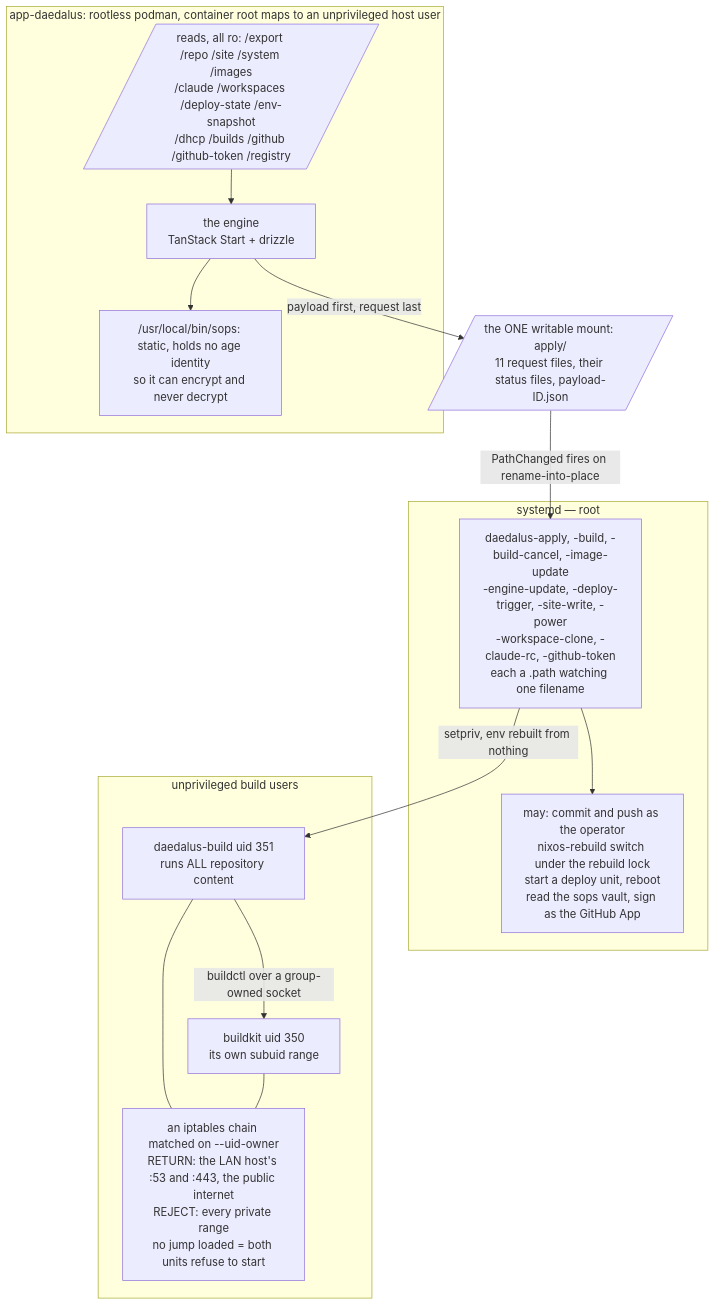
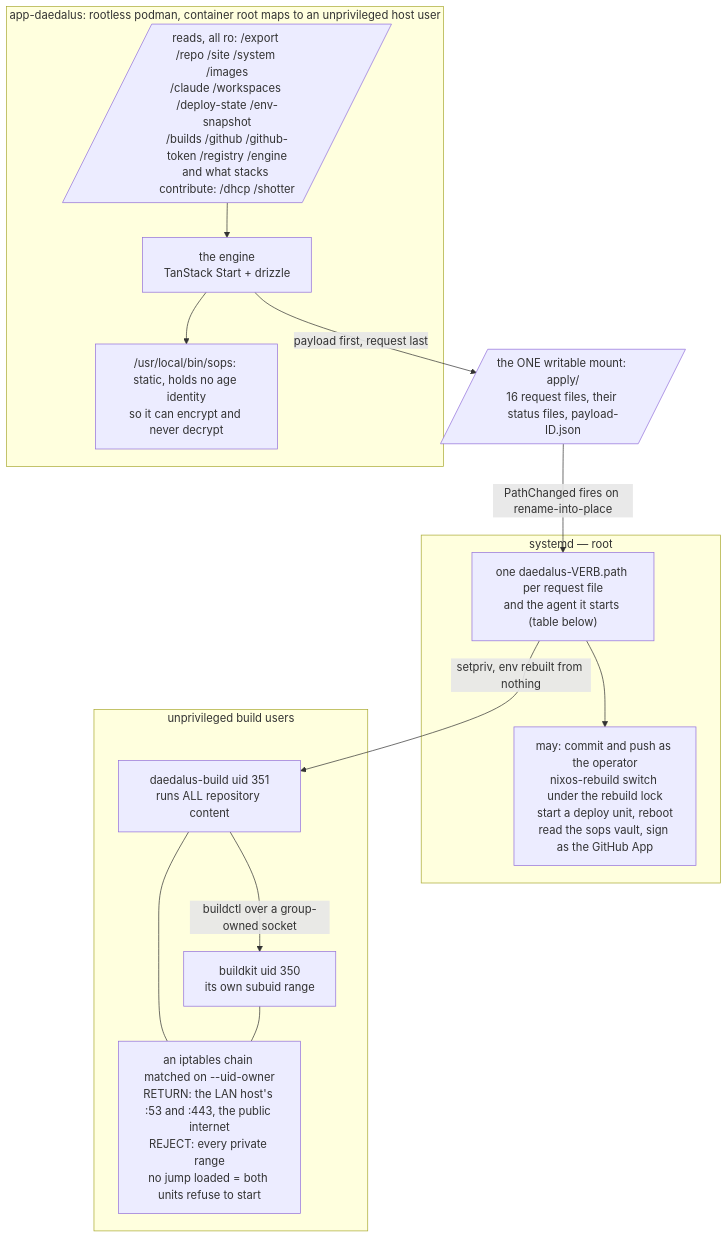
Before and after one commit to santiagotoscanini/daedalus: the second of 5 diagrams in ARCHITECTURE.md, drawn with Mermaid. The commit also changed other lines of this file and 49 other files, not shown here.

````diff
--- a/ARCHITECTURE.md
+++ b/ARCHITECTURE.md
@@ -84,30 +85,30 @@
 ```mermaid
 flowchart TB
   subgraph unpriv["app-daedalus: rootless podman, container root maps to an unprivileged host user"]
     Engine["the engine<br/>TanStack Start + drizzle"]
-    Rd[/"reads, all ro: /export /repo /site /system /images<br/>/claude /workspaces /deploy-state /env-snapshot<br/>/dhcp /builds /github /github-token /registry"/]
+    Rd[/"reads, all ro: /export /repo /site /system /images<br/>/claude /workspaces /deploy-state /env-snapshot<br/>/builds /github /github-token /registry /engine<br/>and what stacks contribute: /dhcp /shotter"/]
     Sops["/usr/local/bin/sops: static, holds no age identity<br/>so it can encrypt and never decrypt"]
   end
 
-  Wr[/"the ONE writable mount: apply/<br/>11 request files, their status files, payload-ID.json"/]
+  Wr[/"the ONE writable mount: apply/<br/>16 request files, their status files, payload-ID.json"/]
 
   subgraph priv["systemd — root"]
-    P["daedalus-apply, -build, -build-cancel, -image-update<br/>-engine-update, -deploy-trigger, -site-write, -power<br/>-workspace-clone, -claude-rc, -github-token<br/>each a .path watching one filename"]
+    P["one daedalus-VERB.path per request file<br/>and the agent it starts (table below)"]
     Caps["may: commit and push as the operator<br/>nixos-rebuild switch under the rebuild lock<br/>start a deploy unit, reboot<br/>read the sops vault, sign as the GitHub App"]
   end
 
   subgraph fenced["unprivileged build users"]
     BU["daedalus-build uid 351<br/>runs ALL repository content"]
     BKU["buildkit uid 350<br/>its own subuid range"]
     Fence["an iptables chain matched on --uid-owner<br/>RETURN: the LAN host's :53 and :443, the public internet<br/>REJECT: every private range<br/>no jump loaded = both units refuse to start"]
   end
 
   Rd --> Engine
   Engine --> Sops
   Engine -- "payload first, request last" --> Wr
   Wr -- "PathChanged fires on rename-into-place" --> P --> Caps
   P -- "setpriv, env rebuilt from nothing" --> BU
   BU -- "buildctl over a group-owned socket" --> BKU
   BU --- Fence
   BKU --- Fence
 ```
````
